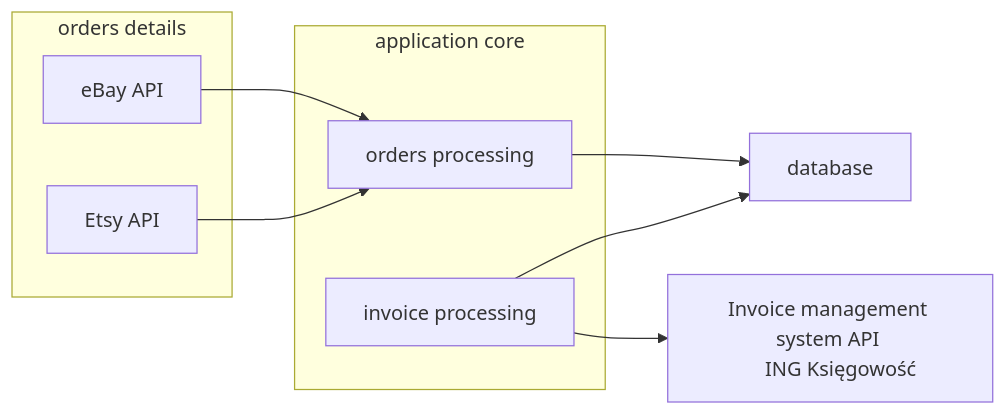
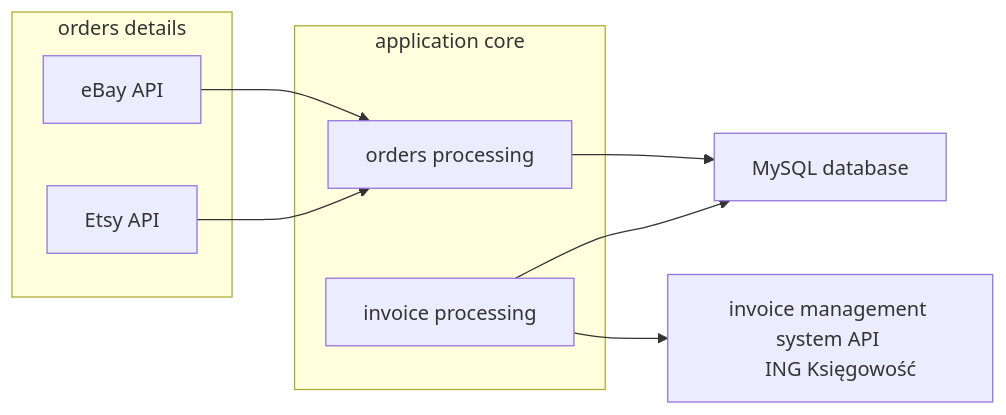
Before and after one commit to rafal-ignacy/invoice-manager: the diagram in README.md, drawn with Mermaid.

Commit message:
Updated README.md 2

````diff
--- a/README.md
+++ b/README.md
@@ -10,17 +10,17 @@
 ```mermaid
 graph LR
     subgraph orders_details [orders details]
         A[eBay API]
         B[Etsy API]
     end
     subgraph application_core [application core]
         C[orders processing]
         D[invoice processing]
     end
     A --> C
     B --> C
-    C --> E[database]
+    C --> E[MySQL database]
     D --> E
-    D --> F[Invoice management system API 
+    D --> F[invoice management system API 
     ING Księgowość]
 ```
````
